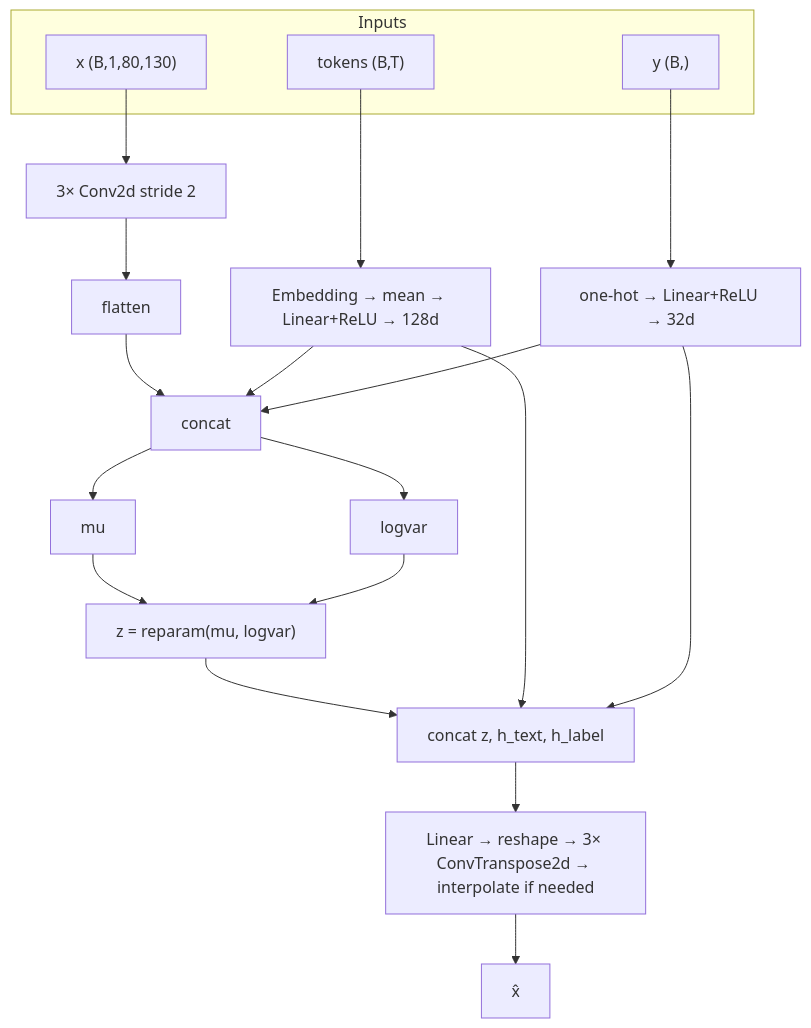
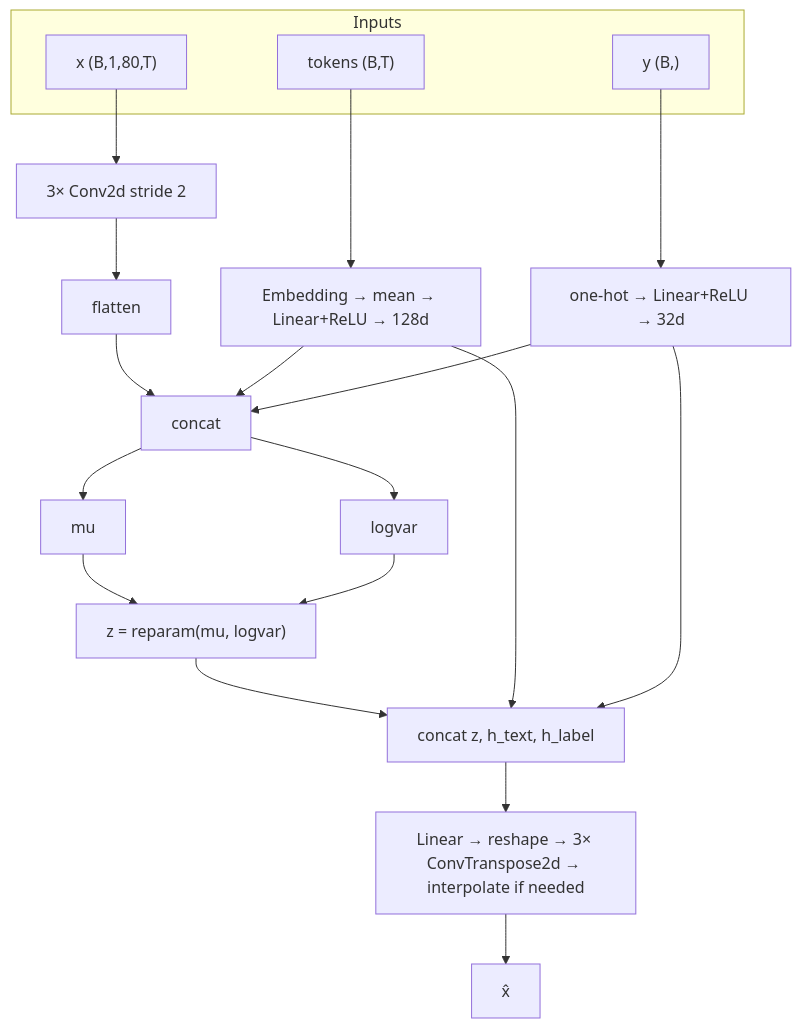
One commit to kaiserchen85/cpsc440-project changed the diagram in docs/MODEL.md. Above: the diagram before and after it, drawn with Mermaid. The commit also changed other lines of this file and 15 other files, not shown here.

````diff
--- a/docs/MODEL.md
+++ b/docs/MODEL.md
@@ -61,24 +61,24 @@
 ```mermaid
 flowchart TB
   subgraph in[Inputs]
-    M["x (B,1,80,130)"]
+    M["x (B,1,80,T)"]
     TOK["tokens (B,T)"]
     LAB["y (B,)"]
   end
   M --> CNN["3× Conv2d stride 2"]
   CNN --> FL["flatten"]
   TOK --> EMB["Embedding → mean → Linear+ReLU → 128d"]
   LAB --> OH["one-hot → Linear+ReLU → 32d"]
   FL --> C1["concat"]
   EMB --> C1
   OH --> C1
   C1 --> MU["mu"]
   C1 --> LV["logvar"]
   MU --> Z["z = reparam(mu, logvar)"]
   LV --> Z
   Z --> C2["concat z, h_text, h_label"]
   EMB --> C2
   OH --> C2
   C2 --> DEC["Linear → reshape → 3× ConvTranspose2d → interpolate if needed"]
   DEC --> XH["x̂"]
 ```
````
